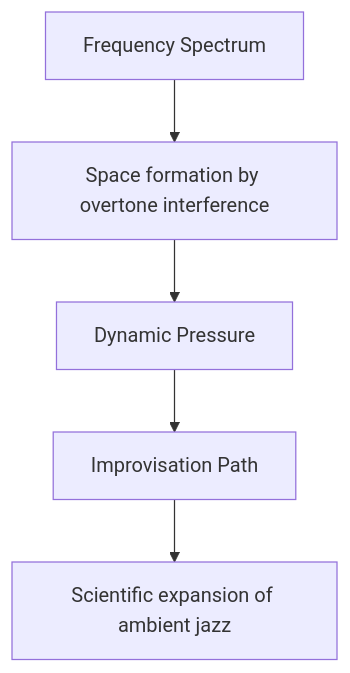
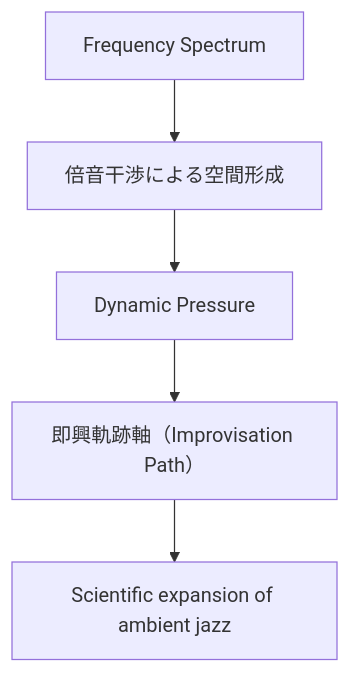
Before and after one commit to monumental-movement/monumental-movement.github.io: the first of 2 diagrams in en/_posts/2025-10-29-column-floating-points.md, drawn with Mermaid. The commit also changed other lines of this file and 2196 other files, not shown here.

```diff
--- a/en/_posts/2025-10-29-column-floating-points.md
+++ b/en/_posts/2025-10-29-column-floating-points.md
@@ -84,10 +84,10 @@
 <div class="mermaid">
 
 graph TD
-    A["Frequency Spectrum"] --> B["Space formation by overtone interference"]
+    A["Frequency Spectrum"] --> B["倍音干渉による空間形成"]
     B --> C["Dynamic Pressure"]
-    C --> D["Improvisation Path"]
+    C --> D["即興軌跡軸（Improvisation Path）"]
     D --> E["Scientific expansion of ambient jazz"]
 
 
 </div>
```
